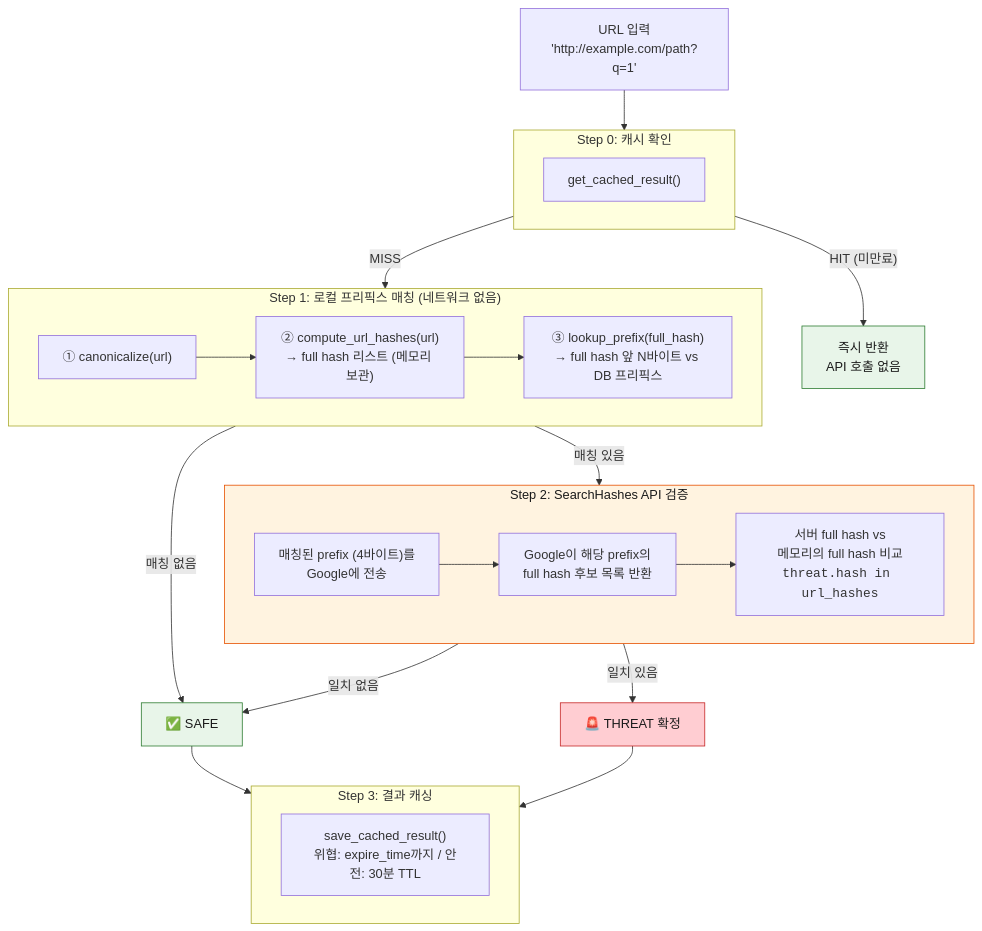
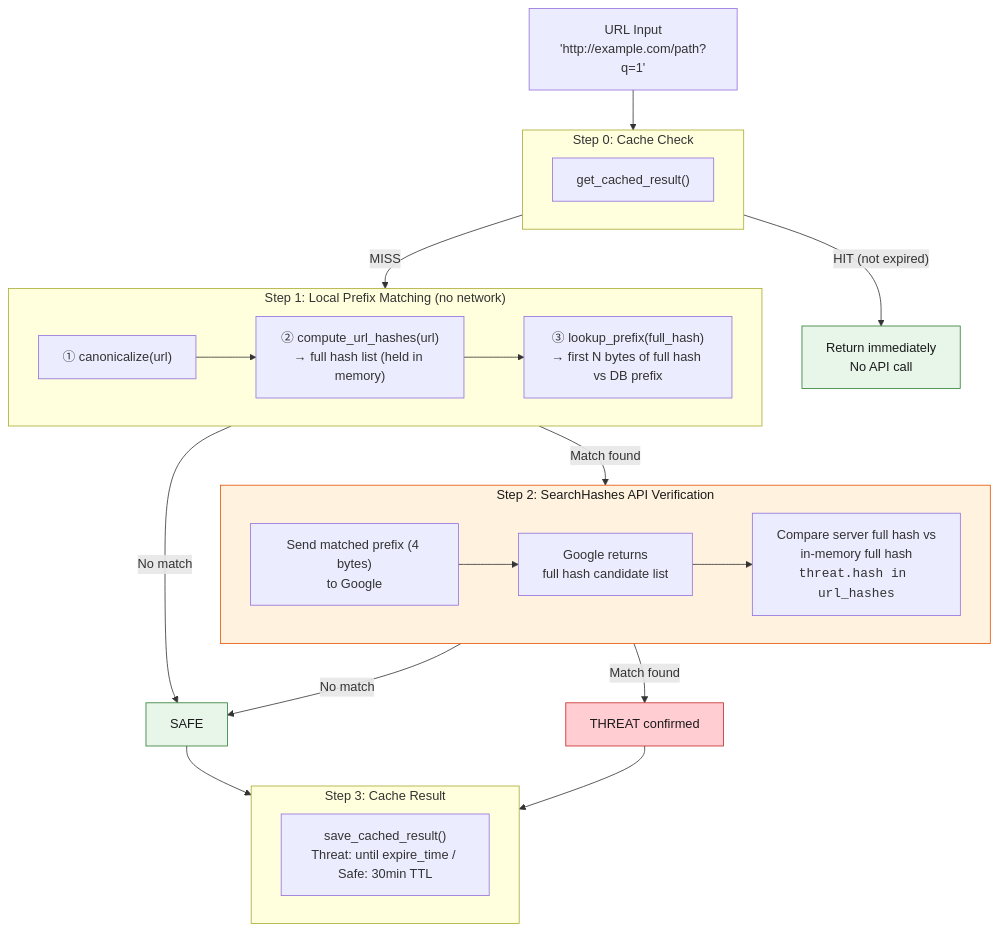
Before and after one commit to kataroya/web-risk-cli: the third of 9 diagrams in WORKFLOW_GUIDE.md, drawn with Mermaid. The commit also changed other lines of this file and 6 other files, not shown here.

````diff
--- a/WORKFLOW_GUIDE.md
+++ b/WORKFLOW_GUIDE.md
@@ -282,39 +252,39 @@
 ```mermaid
 flowchart TD
-    URL["URL 입력<br/>'http://example.com/path?q=1'"] --> S0
+    URL["URL Input<br/>'http://example.com/path?q=1'"] --> S0
 
-    subgraph S0["Step 0: 캐시 확인"]
+    subgraph S0["Step 0: Cache Check"]
         S0A["get_cached_result()"]
     end
 
-    S0 -->|"HIT (미만료)"| RETURN_CACHE["즉시 반환<br/>API 호출 없음"]
+    S0 -->|"HIT (not expired)"| RETURN_CACHE["Return immediately<br/>No API call"]
     S0 -->|"MISS"| S1
 
-    subgraph S1["Step 1: 로컬 프리픽스 매칭 (네트워크 없음)"]
-        S1A["① canonicalize(url)"] --> S1B["② compute_url_hashes(url)<br/>→ full hash 리스트 (메모리 보관)"]
-        S1B --> S1C["③ lookup_prefix(full_hash)<br/>→ full hash 앞 N바이트 vs DB 프리픽스"]
+    subgraph S1["Step 1: Local Prefix Matching (no network)"]
+        S1A["① canonicalize(url)"] --> S1B["② compute_url_hashes(url)<br/>→ full hash list (held in memory)"]
+        S1B --> S1C["③ lookup_prefix(full_hash)<br/>→ first N bytes of full hash vs DB prefix"]
     end
 
-    S1 -->|"매칭 없음"| SAFE["✅ SAFE"]
-    S1 -->|"매칭 있음"| S2
+    S1 -->|"No match"| SAFE["SAFE"]
+    S1 -->|"Match found"| S2
 
-    subgraph S2["Step 2: SearchHashes API 검증"]
-        S2A["매칭된 prefix (4바이트)를<br/>Google에 전송"] --> S2B["Google이 해당 prefix의<br/>full hash 후보 목록 반환"]
-        S2B --> S2C["서버 full hash vs<br/>메모리의 full hash 비교<br/><code>threat.hash in url_hashes</code>"]
+    subgraph S2["Step 2: SearchHashes API Verification"]
+        S2A["Send matched prefix (4 bytes)<br/>to Google"] --> S2B["Google returns<br/>full hash candidate list"]
+        S2B --> S2C["Compare server full hash vs<br/>in-memory full hash<br/><code>threat.hash in url_hashes</code>"]
     end
 
-    S2 -->|"일치 없음"| SAFE
-    S2 -->|"일치 있음"| THREAT["🚨 THREAT 확정"]
+    S2 -->|"No match"| SAFE
+    S2 -->|"Match found"| THREAT["THREAT confirmed"]
 
     SAFE --> S3
     THREAT --> S3
 
-    subgraph S3["Step 3: 결과 캐싱"]
-        S3A["save_cached_result()<br/>위협: expire_time까지 / 안전: 30분 TTL"]
+    subgraph S3["Step 3: Cache Result"]
+        S3A["save_cached_result()<br/>Threat: until expire_time / Safe: 30min TTL"]
     end
 
     style RETURN_CACHE fill:#e8f5e9,stroke:#2e7d32,color:#1a1a1a
     style SAFE fill:#e8f5e9,stroke:#2e7d32,color:#1a1a1a
     style THREAT fill:#ffcdd2,stroke:#c62828,color:#1a1a1a
     style S2 fill:#fff3e0,stroke:#e65100,color:#1a1a1a
 ```
````
